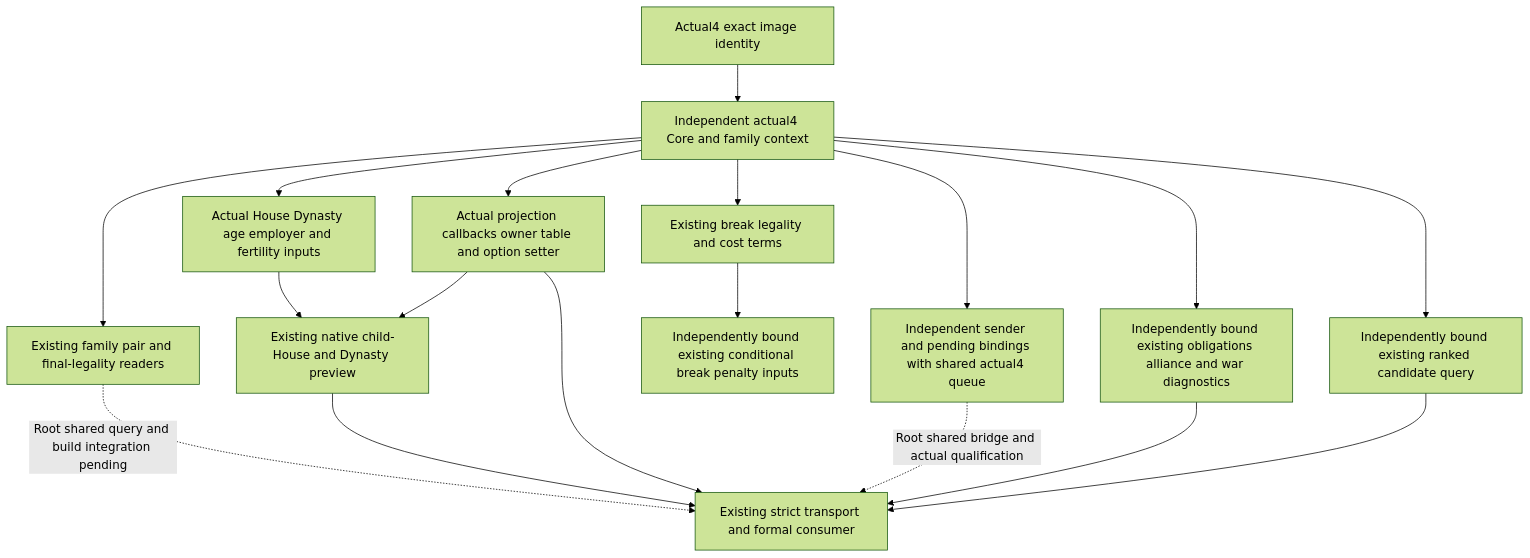
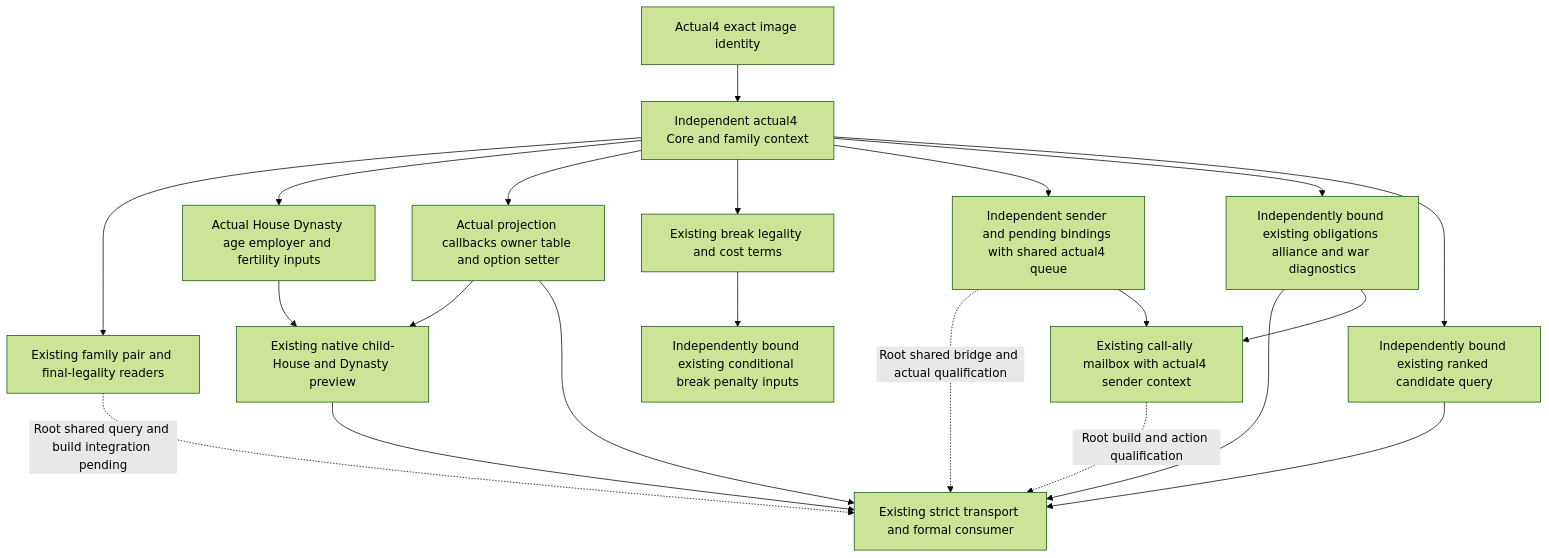
The diagram in docs/ck3-native-ai/family-bindings-12004.md (XenoAmess/ck3_eternal_recurrence), drawn with Mermaid (forest theme) before and after one commit. The commit also changed other lines of this file and 1 other file, not shown here.

Commit message:
Restore call ally submission bindings on CK3 1.20.0.4

````diff
--- a/docs/ck3-native-ai/family-bindings-12004.md
+++ b/docs/ck3-native-ai/family-bindings-12004.md
@@ -29,20 +29,23 @@
 ```mermaid
 flowchart TD
   I[Actual4 exact image identity] --> C[Independent actual4 Core and family context]
   C --> F[Existing family pair and final-legality readers]
   C --> V[Actual House Dynasty age employer and fertility inputs]
   C --> P[Actual projection callbacks owner table and option setter]
   V --> L[Existing native child-House and Dynasty preview]
   P --> L
   C --> B[Existing break legality and cost terms]
   B --> BP[Independently bound existing conditional break penalty inputs]
   F -. Root shared query and build integration pending .-> O[Existing strict transport and formal consumer]
   L --> O
   P --> O
   C --> S[Independent sender and pending bindings with shared actual4 queue]
   S -. Root shared bridge and actual qualification .-> O
   C --> A[Independently bound existing obligations alliance and war diagnostics]
   A --> O
+  A --> CA[Existing call-ally mailbox with actual4 sender context]
+  S --> CA
+  CA -. Root build and action qualification .-> O
   C --> R[Independently bound existing ranked candidate query]
   R --> O
 ```
````
